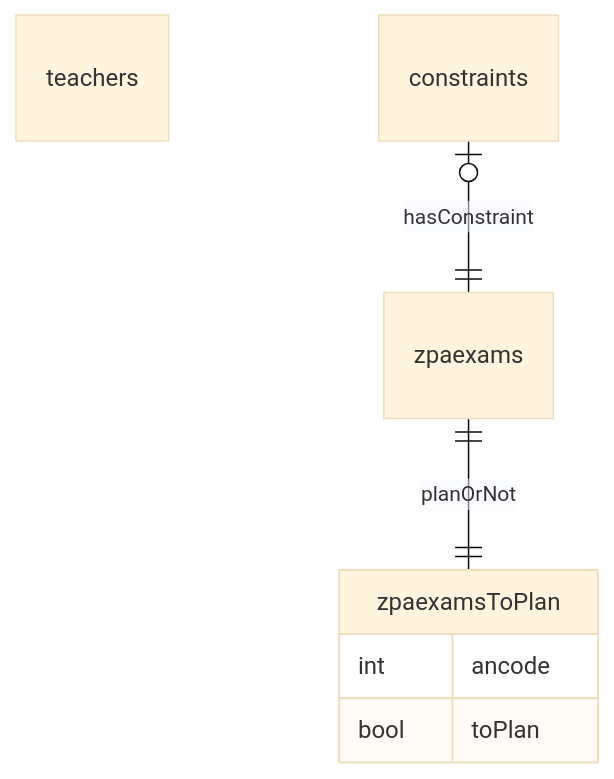
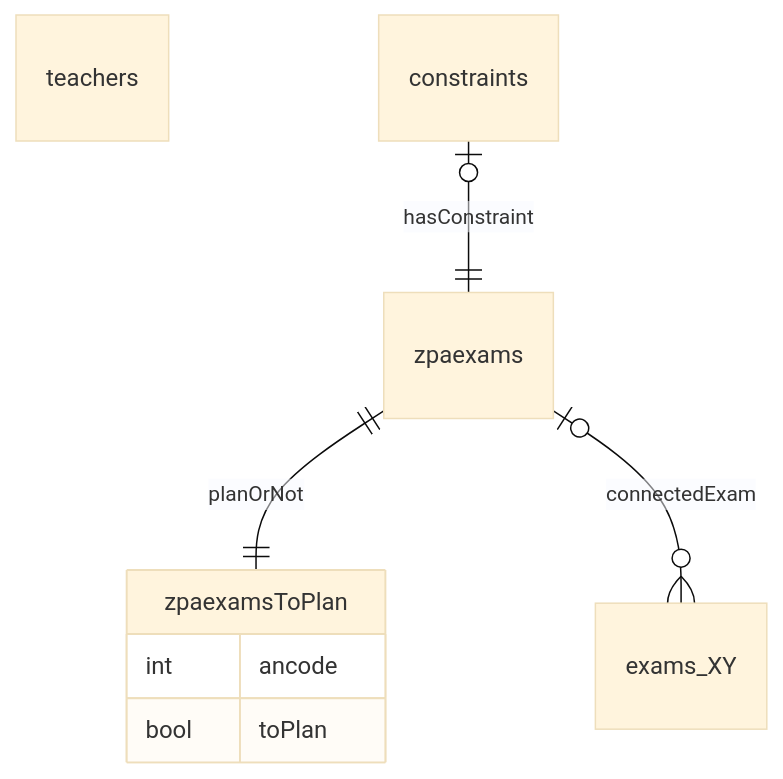
The diagram in README.md (obcode/plexams.go), drawn with Mermaid (base theme) before and after one commit. The commit also changed other lines of this file and 1 other file, not shown here.

Commit message:
🚧 Primuss/Connected

````diff
--- a/README.md
+++ b/README.md
@@ -10,11 +10,12 @@
 ```mermaid
 erDiagram
     teachers
     zpaexams
     zpaexamsToPlan {
         int ancode
         bool toPlan
     }
     zpaexams ||--|| zpaexamsToPlan: planOrNot
     constraints |o--|| zpaexams: hasConstraint
+    zpaexams |o--o{ exams_XY: connectedExam
 ```
````
